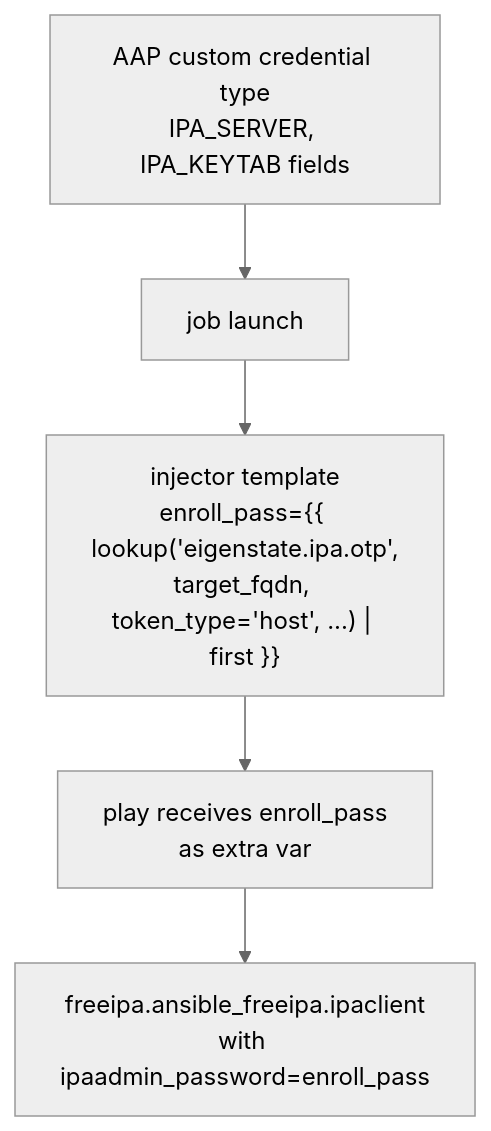
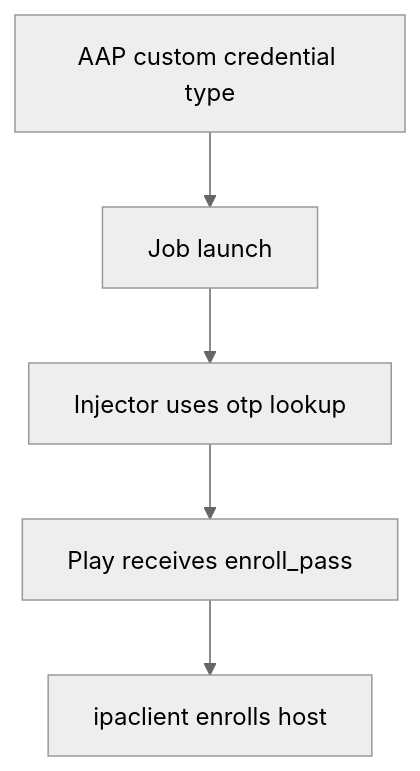
Before and after one commit to gprocunier/eigenstate-ipa: the ninth of 10 diagrams in docs/otp-capabilities.md, drawn with Mermaid (neutral theme). The commit also changed other lines of this file and 12 other files, not shown here.

Commit message:
Clean up Mermaid diagrams across docs

````diff
--- a/docs/otp-capabilities.md
+++ b/docs/otp-capabilities.md
@@ -237,7 +228,7 @@
 ```mermaid
 flowchart TD
-    cred_type["AAP custom credential type\nIPA_SERVER, IPA_KEYTAB fields"] --> launch["job launch"]
-    launch --> injector["injector template\nenroll_pass={{ lookup('eigenstate.ipa.otp',\ntarget_fqdn, token_type='host', ...) | first }}"]
-    injector --> play["play receives enroll_pass\nas extra var"]
-    play --> ipaclient["freeipa.ansible_freeipa.ipaclient\nwith ipaadmin_password=enroll_pass"]
+    cred_type["AAP custom credential type"] --> launch["Job launch"]
+    launch --> injector["Injector uses otp lookup"]
+    injector --> play["Play receives enroll_pass"]
+    play --> ipaclient["ipaclient enrolls host"]
 ```
````
